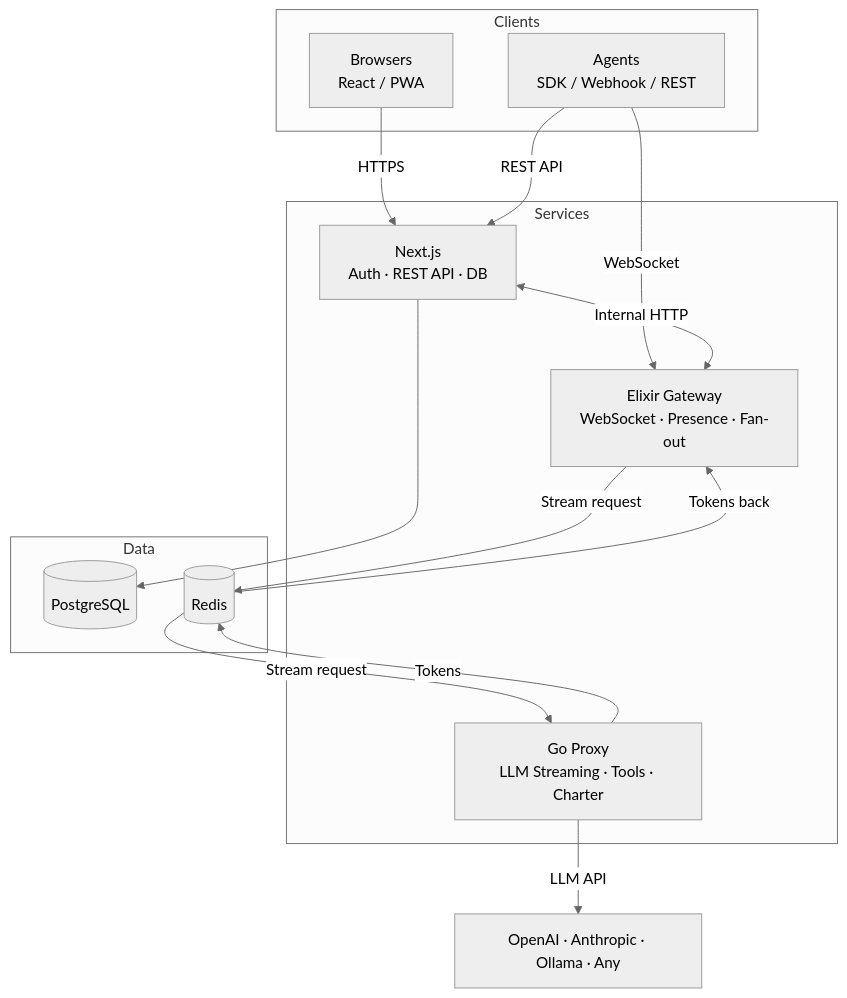
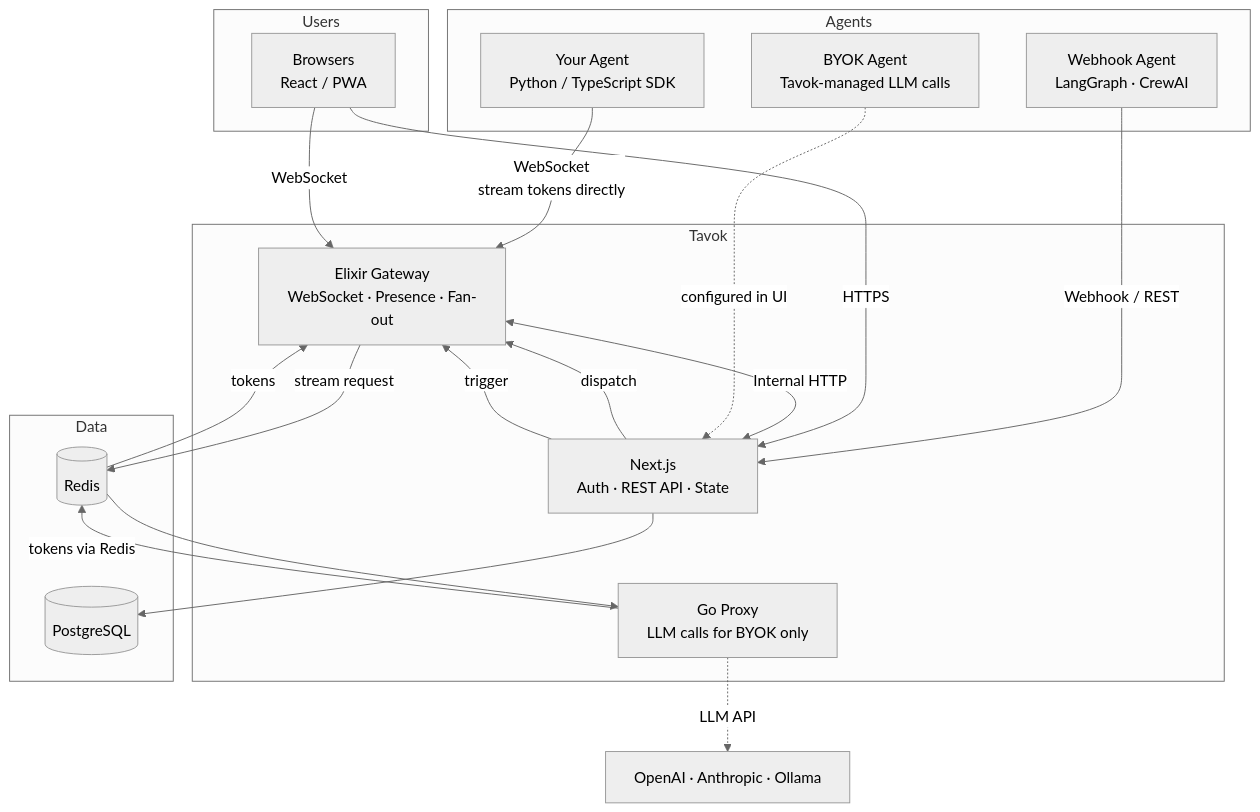
The diagram in README.md (TavokAI/Tavok), drawn with Mermaid (neutral theme) before and after one commit. The commit also changed other lines of this file, not shown here.

Commit message:
docs: fix architecture diagram — agents stream directly, not through LLM proxy
The previous diagram showed all tokens flowing through the Go proxy,
which frames Tavok as an LLM wrapper. That's wrong. The core value
proposition is that agents connect directly via WebSocket and stream
their own tokens, thinking phases, tool calls, and reasoning. The Go
proxy is only one optional path for BYOK agents.

Updated Mermaid diagram to show:
- SDK agents streaming directly through Gateway WebSocket
- Webhook agents dispatched through Next.js
- BYOK agents as a separate optional path through Go proxy
- Clear labeling: "stream tokens directly" for SDK agents

Also updated tagline, features section, and service table to
consistently frame Tavok as agent-first infrastructure, not an
LLM wrapper.

````diff
--- a/README.md
+++ b/README.md
@@ -84,29 +84,40 @@
 ```mermaid
 graph TB
-    subgraph Clients
-        B[Browsers<br/>React / PWA]
-        A[Agents<br/>SDK / Webhook / REST]
+    subgraph Agents
+        SDK[Your Agent<br/>Python / TypeScript SDK]
+        WH[Webhook Agent<br/>LangGraph · CrewAI]
+        BYOK[BYOK Agent<br/>Tavok-managed LLM calls]
     end
 
-    subgraph Services
-        W[Next.js<br/>Auth · REST API · DB]
+    subgraph Users
+        B[Browsers<br/>React / PWA]
+    end
+
+    subgraph Tavok
         G[Elixir Gateway<br/>WebSocket · Presence · Fan-out]
-        S[Go Proxy<br/>LLM Streaming · Tools · Charter]
+        W[Next.js<br/>Auth · REST API · State]
+        S[Go Proxy<br/>LLM calls for BYOK only]
     end
 
     subgraph Data
         PG[(PostgreSQL)]
         R[(Redis)]
     end
 
+    SDK -->|WebSocket<br/>stream tokens directly| G
+    WH -->|Webhook / REST| W
+    W -->|dispatch| G
     B -->|HTTPS| W
-    A -->|REST API| W
-    A -->|WebSocket| G
-    W <-->|Internal HTTP| G
-    G -->|Stream request| R
-    R -->|Tokens back| G
-    R -->|Stream request| S
-    S -->|Tokens| R
+    B -->|WebSocket| G
+
+    G <-->|Internal HTTP| W
     W --> PG
-    S -->|LLM API| LLM[OpenAI · Anthropic · Ollama · Any]
+
+    BYOK -.->|configured in UI| W
+    W -->|trigger| G
+    G -->|stream request| R
+    R --> S
+    S -->|tokens via Redis| R
+    R -->|tokens| G
+    S -.->|LLM API| LLM[OpenAI · Anthropic · Ollama]
 ```
````
